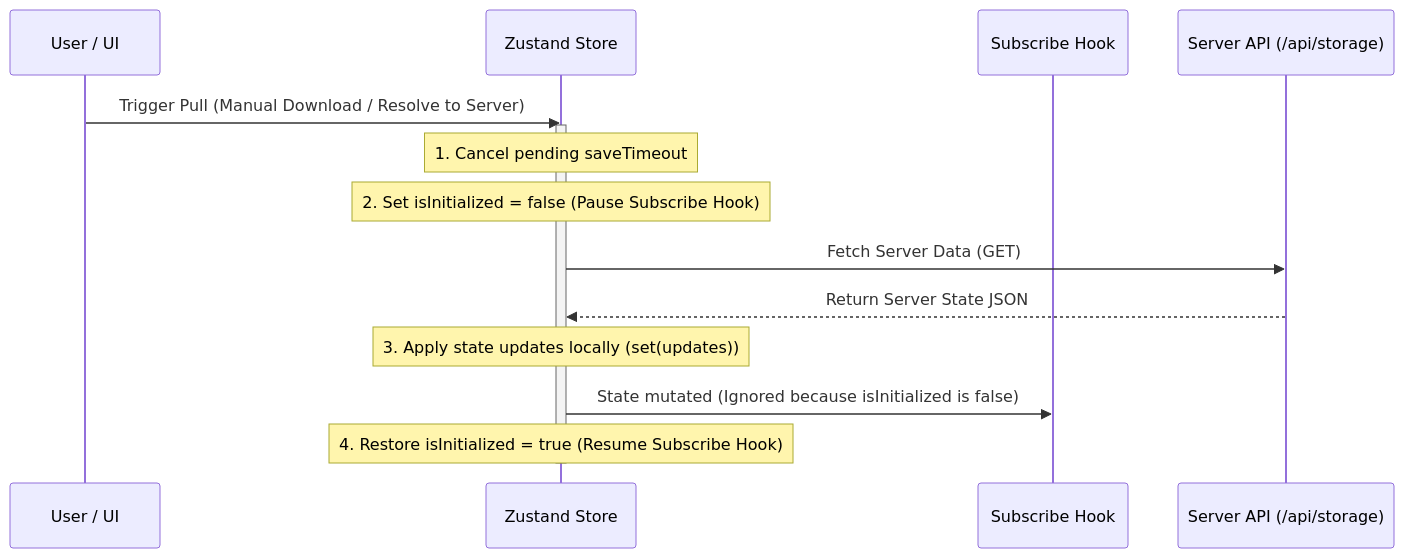
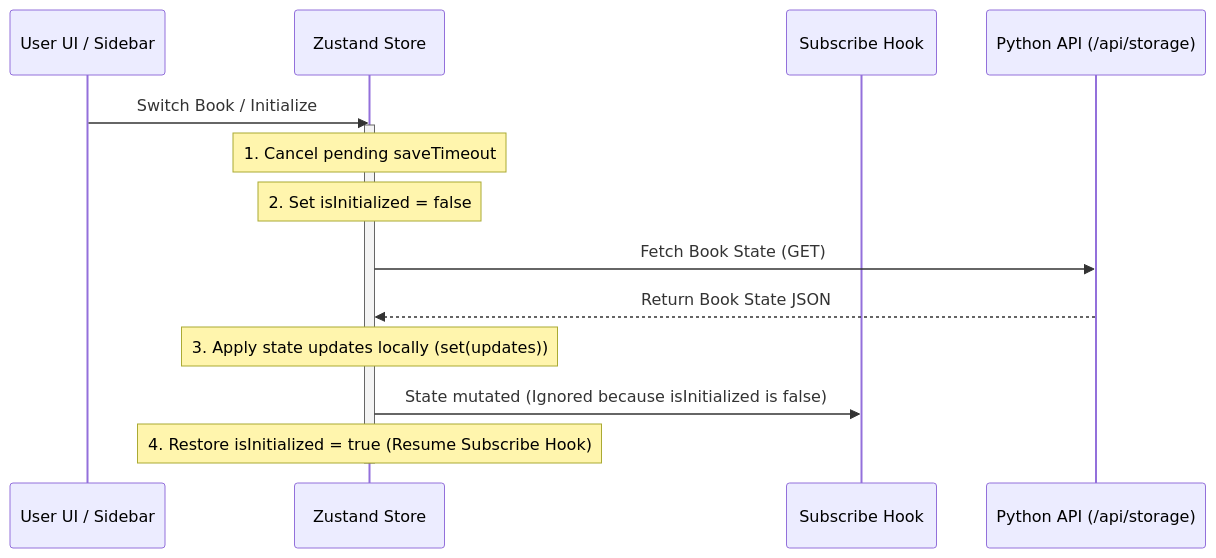
One commit to hongdp/a_better_llm_canvas changed the diagram in docs/features/storage_synchronization.md. Above: the diagram before and after it, drawn with Mermaid. The commit also changed other lines of this file and 9 other files, not shown here.

Commit message:
feat: split frontend and standalone python fastapi backend, implement server-first storage and write-through cache

````diff
--- a/docs/features/storage_synchronization.md
+++ b/docs/features/storage_synchronization.md
@@ -53,18 +63,18 @@
 ```mermaid
 sequenceDiagram
-    participant User as User / UI
+    participant UI as User UI / Sidebar
     participant Store as Zustand Store
     participant Sub as Subscribe Hook
-    participant Server as Server API (/api/storage)
+    participant Server as Python API (/api/storage)
 
-    User->>Store: Trigger Pull (Manual Download / Resolve to Server)
+    UI->>Store: Switch Book / Initialize
     activate Store
     Note over Store: 1. Cancel pending saveTimeout
-    Note over Store: 2. Set isInitialized = false (Pause Subscribe Hook)
-    Store->>Server: Fetch Server Data (GET)
-    Server-->>Store: Return Server State JSON
+    Note over Store: 2. Set isInitialized = false
+    Store->>Server: Fetch Book State (GET)
+    Server-->>Store: Return Book State JSON
     Note over Store: 3. Apply state updates locally (set(updates))
     Store->>Sub: State mutated (Ignored because isInitialized is false)
     Note over Store: 4. Restore isInitialized = true (Resume Subscribe Hook)
     deactivate Store
 ```
````
